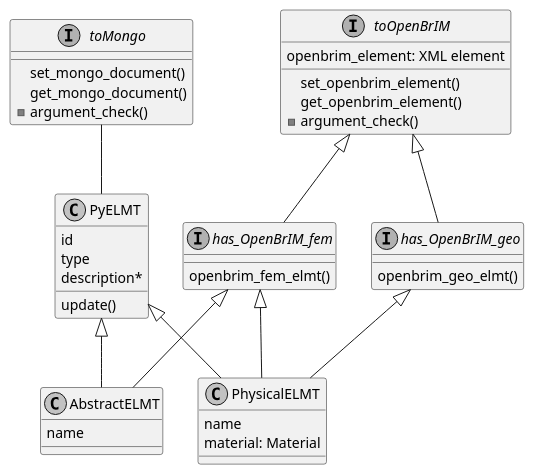
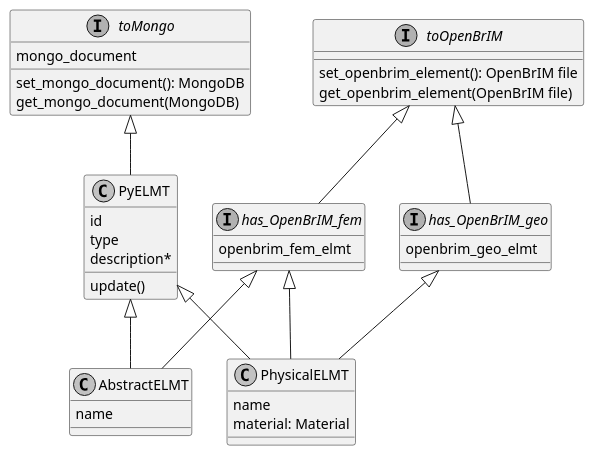
The diagram in Notes & Diagrams/ClassDiagram Interface.puml (YidongQIN/PyBMS_BrIM), drawn with PlantUML before and after one commit. The commit also changed 1 other file, not shown here.

Commit message:
diagrams

```diff
--- a/Notes & Diagrams/ClassDiagram Interface.puml
+++ b/Notes & Diagrams/ClassDiagram Interface.puml
@@ -1,59 +1,56 @@
 @startuml
 
 top to bottom direction
 ' left to right direction
 
 skinparam shadowing false
 skinparam monochrome true
-
-
-Interface toMongo{
-    set_mongo_document()
-    get_mongo_document()
-    - argument_check()
-}
 
 class PyELMT{
     id
     type
     description*
     update()
 }
 
 class AbstractELMT{
     name
 }
 
 class PhysicalELMT{
     name
     material: Material
 }
 
-' hide PhysicalELMT circle
+Interface toMongo{
+    mongo_document
+    set_mongo_document(): MongoDB
+    get_mongo_document(MongoDB)
+'    - attribute_check()
+}
 
 Interface toOpenBrIM{
-    openbrim_element: XML element
-    set_openbrim_element()
-    get_openbrim_element()
-    - argument_check()
+    set_openbrim_element(): OpenBrIM file
+    get_openbrim_element(OpenBrIM file)
+'    - attribute_check()
 }
 
 Interface has_OpenBrIM_fem{
-    openbrim_fem_elmt()
+    openbrim_fem_elmt
 }
 
 Interface has_OpenBrIM_geo{
-    openbrim_geo_elmt()
+    openbrim_geo_elmt
 }
 
 PyELMT <|-- AbstractELMT
 PyELMT <|-- PhysicalELMT
 has_OpenBrIM_fem <|-- AbstractELMT
 has_OpenBrIM_fem <|-- PhysicalELMT
 has_OpenBrIM_geo <|-- PhysicalELMT
 
 toOpenBrIM <|-- has_OpenBrIM_fem
 toOpenBrIM <|-- has_OpenBrIM_geo
-toMongo -- PyELMT
+toMongo <|-- PyELMT
 
 @enduml
```
